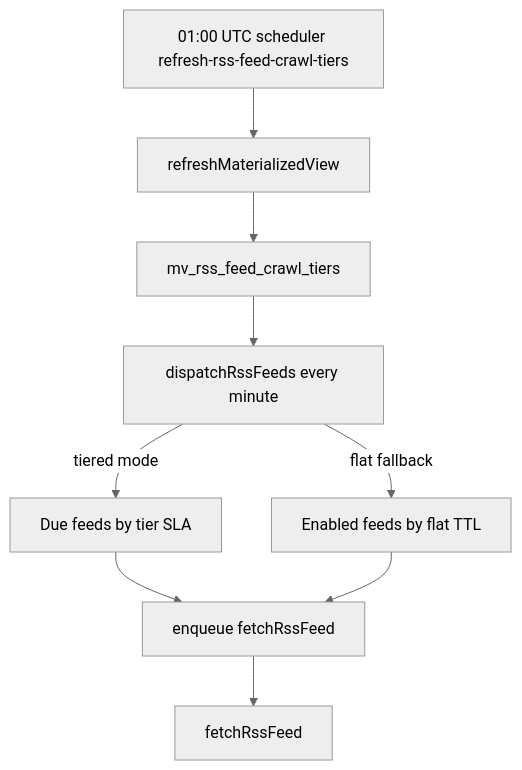
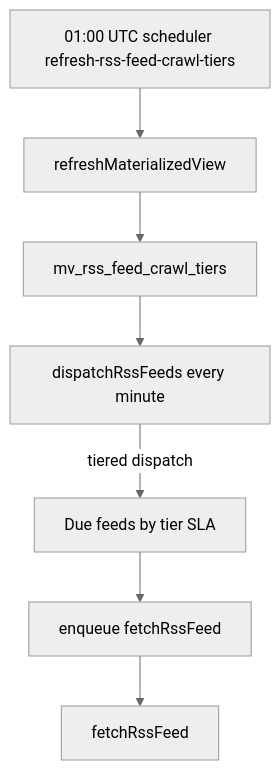
One commit to vouchington/vouchington changed the diagram in docs/overview/architecture/reference-crawling-error-handling.md. Above: the diagram before and after it, drawn with Mermaid (neutral theme). The commit also changed 11 other files, not shown here.

Commit message:
feat(rss-feeds): remove flat TTL dispatch path

````diff
--- a/docs/overview/architecture/reference-crawling-error-handling.md
+++ b/docs/overview/architecture/reference-crawling-error-handling.md
@@ -39,11 +39,9 @@
 ```mermaid
 flowchart TD
   S[01:00 UTC scheduler refresh-rss-feed-crawl-tiers] --> J[refreshMaterializedView]
   J --> V[mv_rss_feed_crawl_tiers]
   V --> D[dispatchRssFeeds every minute]
-  D -->|tiered mode| T[Due feeds by tier SLA]
-  D -->|flat fallback| F[Enabled feeds by flat TTL]
+  D -->|tiered dispatch| T[Due feeds by tier SLA]
   T --> Q[enqueue fetchRssFeed]
-  F --> Q
   Q --> R[fetchRssFeed]
 ```
````
